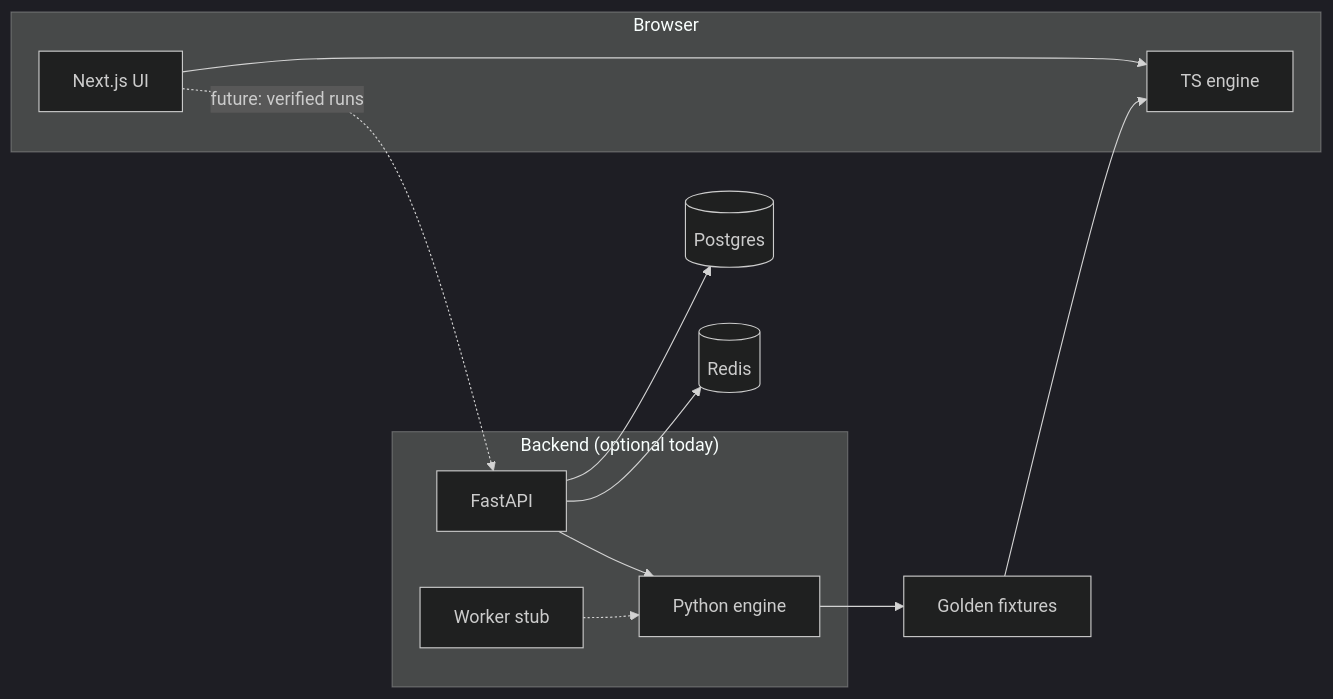
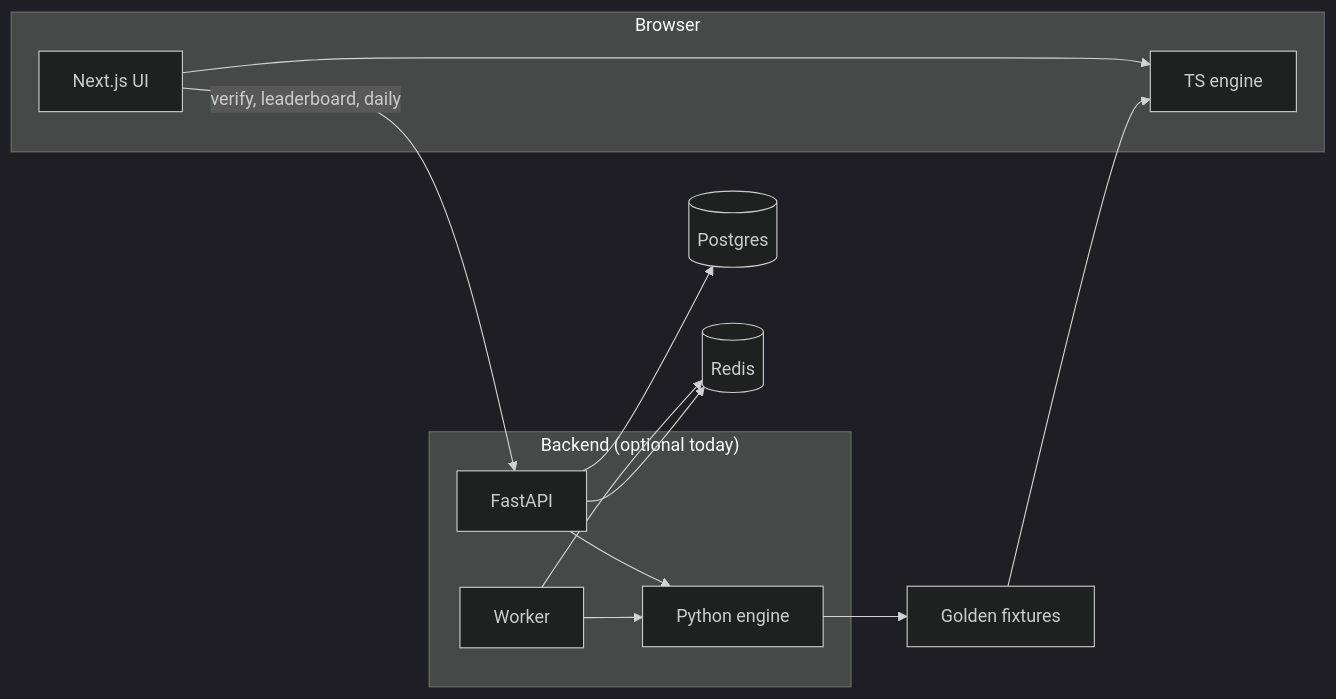
One commit to NethmaDS123/Detonate changed the diagram in README.md. Above: the diagram before and after it, drawn with Mermaid (dark theme). The commit also changed other lines of this file and 28 other files, not shown here.

First line of the commit message:
Add verified runs, leaderboard, and daily board end to end.

````diff
--- a/README.md
+++ b/README.md
@@ -50,26 +50,27 @@
 ```mermaid
 flowchart LR
   subgraph browser["Browser"]
     UI["Next.js UI"]
     TSE["TS engine"]
     UI --> TSE
   end
 
   subgraph server["Backend (optional today)"]
     API["FastAPI"]
     PYE["Python engine"]
-    Worker["Worker stub"]
+    Worker["Worker"]
     API --> PYE
-    Worker -.-> PYE
+    Worker --> PYE
   end
 
   PG[(Postgres)]
   RD[(Redis)]
 
-  UI -. "future: verified runs" .-> API
+  UI -->|"verify, leaderboard, daily"| API
+  Worker --> RD
   API --> PG
   API --> RD
 
   PYE --> Fixtures["Golden fixtures"]
   Fixtures --> TSE
 ```
````
